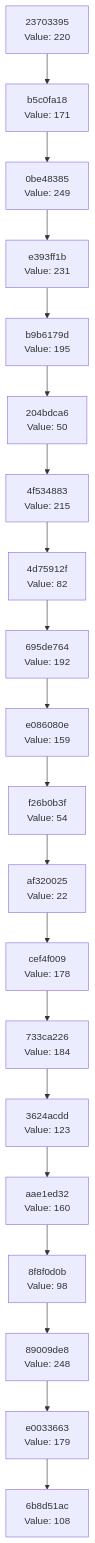
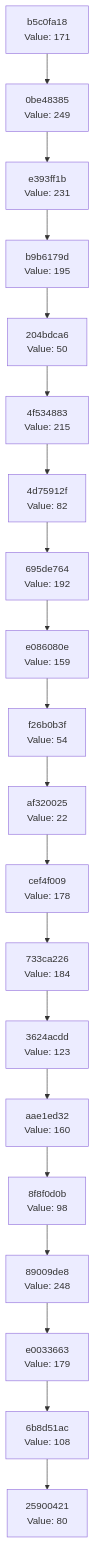
One commit to Abhisheksinha1506/hash-chain-evolver changed the diagram in docs/CHAIN_VISUALIZATION.md. Above: the diagram before and after it, drawn with Mermaid. The commit also changed 3 other files, not shown here.

````diff
--- a/docs/CHAIN_VISUALIZATION.md
+++ b/docs/CHAIN_VISUALIZATION.md
@@ -3,42 +3,42 @@
 ```mermaid
 graph TD
-    C0["6b8d51ac<br/>Value: 108"]
-    C1["e0033663<br/>Value: 179"]
+    C0["25900421<br/>Value: 80"]
+    C1["6b8d51ac<br/>Value: 108"]
     C1 --> C0
-    C2["89009de8<br/>Value: 248"]
+    C2["e0033663<br/>Value: 179"]
     C2 --> C1
-    C3["8f8f0d0b<br/>Value: 98"]
+    C3["89009de8<br/>Value: 248"]
     C3 --> C2
-    C4["aae1ed32<br/>Value: 160"]
+    C4["8f8f0d0b<br/>Value: 98"]
     C4 --> C3
-    C5["3624acdd<br/>Value: 123"]
+    C5["aae1ed32<br/>Value: 160"]
     C5 --> C4
-    C6["733ca226<br/>Value: 184"]
+    C6["3624acdd<br/>Value: 123"]
     C6 --> C5
-    C7["cef4f009<br/>Value: 178"]
+    C7["733ca226<br/>Value: 184"]
     C7 --> C6
-    C8["af320025<br/>Value: 22"]
+    C8["cef4f009<br/>Value: 178"]
     C8 --> C7
-    C9["f26b0b3f<br/>Value: 54"]
+    C9["af320025<br/>Value: 22"]
     C9 --> C8
-    C10["e086080e<br/>Value: 159"]
+    C10["f26b0b3f<br/>Value: 54"]
     C10 --> C9
-    C11["695de764<br/>Value: 192"]
+    C11["e086080e<br/>Value: 159"]
     C11 --> C10
-    C12["4d75912f<br/>Value: 82"]
+    C12["695de764<br/>Value: 192"]
     C12 --> C11
-    C13["4f534883<br/>Value: 215"]
+    C13["4d75912f<br/>Value: 82"]
     C13 --> C12
-    C14["204bdca6<br/>Value: 50"]
+    C14["4f534883<br/>Value: 215"]
     C14 --> C13
-    C15["b9b6179d<br/>Value: 195"]
+    C15["204bdca6<br/>Value: 50"]
     C15 --> C14
-    C16["e393ff1b<br/>Value: 231"]
+    C16["b9b6179d<br/>Value: 195"]
     C16 --> C15
-    C17["0be48385<br/>Value: 249"]
+    C17["e393ff1b<br/>Value: 231"]
     C17 --> C16
-    C18["b5c0fa18<br/>Value: 171"]
+    C18["0be48385<br/>Value: 249"]
     C18 --> C17
-    C19["23703395<br/>Value: 220"]
+    C19["b5c0fa18<br/>Value: 171"]
     C19 --> C18
 ```
````
